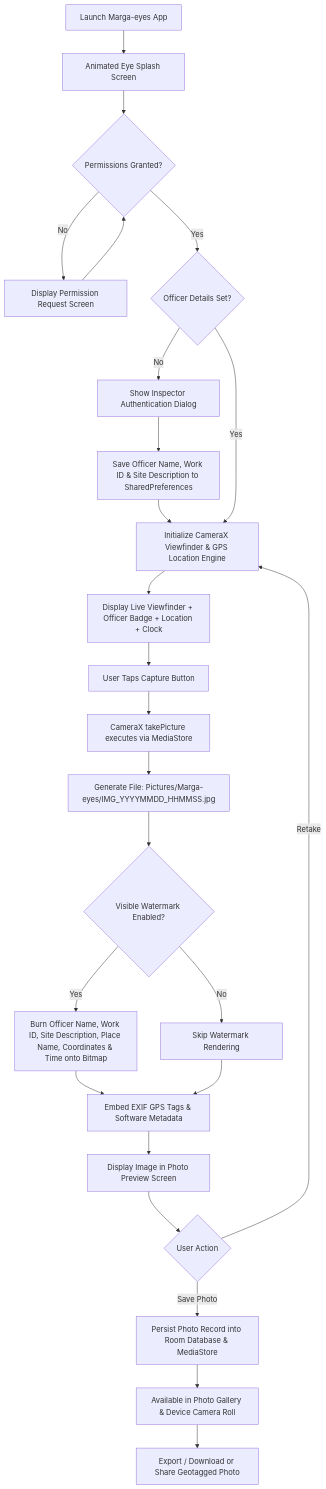
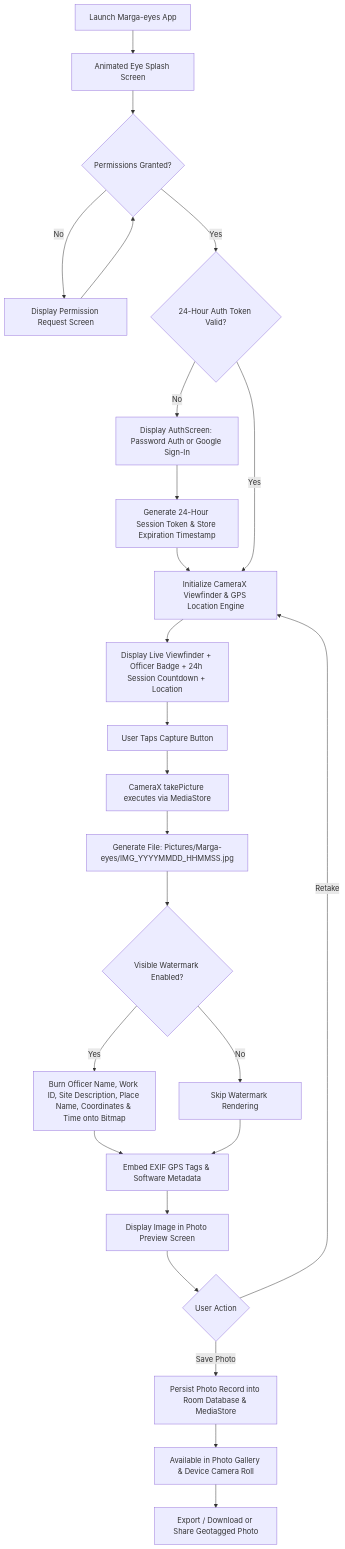
One commit to rahulshirol1017/margaeye- changed the diagram in requirement.md. Above: the diagram before and after it, drawn with Mermaid. The commit also changed other lines of this file and 9 other files, not shown here.

Commit message:
Implement standard Sign-In page with Google button and clean inside app UI

````diff
--- a/requirement.md
+++ b/requirement.md
@@ -29,27 +30,27 @@
 ```mermaid
 flowchart TD
     A[Launch Marga-eyes App] --> B[Animated Eye Splash Screen]
     B --> C{Permissions Granted?}
     C -- No --> D[Display Permission Request Screen]
     D --> C
-    C -- Yes --> E{Officer Details Set?}
-    E -- No --> F[Show Inspector Authentication Dialog]
-    F --> G[Save Officer Name, Work ID & Site Description to SharedPreferences]
+    C -- Yes --> E{24-Hour Auth Token Valid?}
+    E -- No --> F[Display AuthScreen: Password Auth or Google Sign-In]
+    F --> G[Generate 24-Hour Session Token & Store Expiration Timestamp]
     G --> H[Initialize CameraX Viewfinder & GPS Location Engine]
     E -- Yes --> H
-    H --> I[Display Live Viewfinder + Officer Badge + Location + Clock]
+    H --> I[Display Live Viewfinder + Officer Badge + 24h Session Countdown + Location]
     I --> J[User Taps Capture Button]
     J --> K[CameraX takePicture executes via MediaStore]
     K --> L[Generate File: Pictures/Marga-eyes/IMG_YYYYMMDD_HHMMSS.jpg]
     L --> M{Visible Watermark Enabled?}
     M -- Yes --> N[Burn Officer Name, Work ID, Site Description, Place Name, Coordinates & Time onto Bitmap]
     M -- No --> O[Skip Watermark Rendering]
     N --> P[Embed EXIF GPS Tags & Software Metadata]
     O --> P
     P --> Q[Display Image in Photo Preview Screen]
     Q --> R{User Action}
     R -- Retake --> H
     R -- Save Photo --> S[Persist Photo Record into Room Database & MediaStore]
     S --> T[Available in Photo Gallery & Device Camera Roll]
     T --> U[Export / Download or Share Geotagged Photo]
 ```
````
